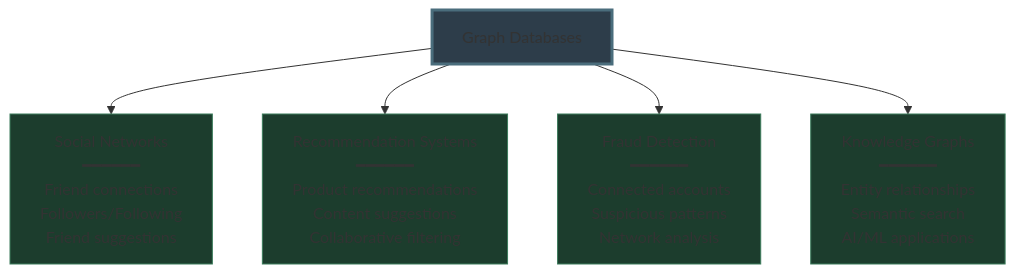
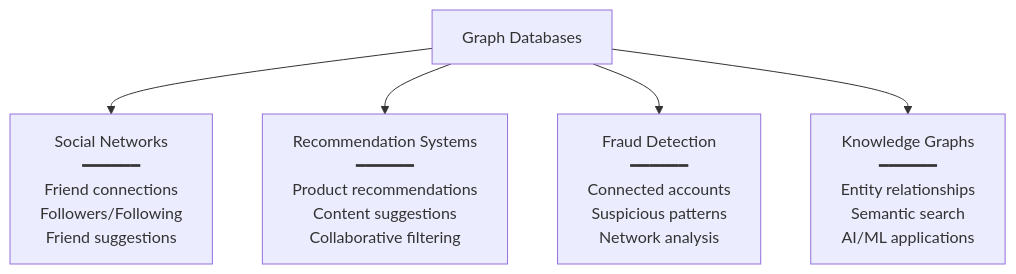
Diagram 15 of 16 in system design beginner/9. Non-Relational Databases.md (Yash-Kavaiya/The-System-Design-Masterclass), drawn with Mermaid before and after one commit. The commit also changed other lines of this file, not shown here.

````diff
--- a/system design beginner/9. Non-Relational Databases.md
+++ b/system design beginner/9. Non-Relational Databases.md
@@ -706,18 +656,13 @@
 ```mermaid
 graph TB
     GRAPH[Graph Databases]
     
     GRAPH --> UC1[Social Networks<br/>━━━━━━<br/>Friend connections<br/>Followers/Following<br/>Friend suggestions]
     
     GRAPH --> UC2[Recommendation Systems<br/>━━━━━━<br/>Product recommendations<br/>Content suggestions<br/>Collaborative filtering]
     
     GRAPH --> UC3[Fraud Detection<br/>━━━━━━<br/>Connected accounts<br/>Suspicious patterns<br/>Network analysis]
     
     GRAPH --> UC4[Knowledge Graphs<br/>━━━━━━<br/>Entity relationships<br/>Semantic search<br/>AI/ML applications]
     
-    style GRAPH fill:#2d3d4a,stroke:#4a6d7c,stroke-width:3px
-    style UC1 fill:#1c3d2d,stroke:#3c7c5c
-    style UC2 fill:#1c3d2d,stroke:#3c7c5c
-    style UC3 fill:#1c3d2d,stroke:#3c7c5c
-    style UC4 fill:#1c3d2d,stroke:#3c7c5c
 ```
````
